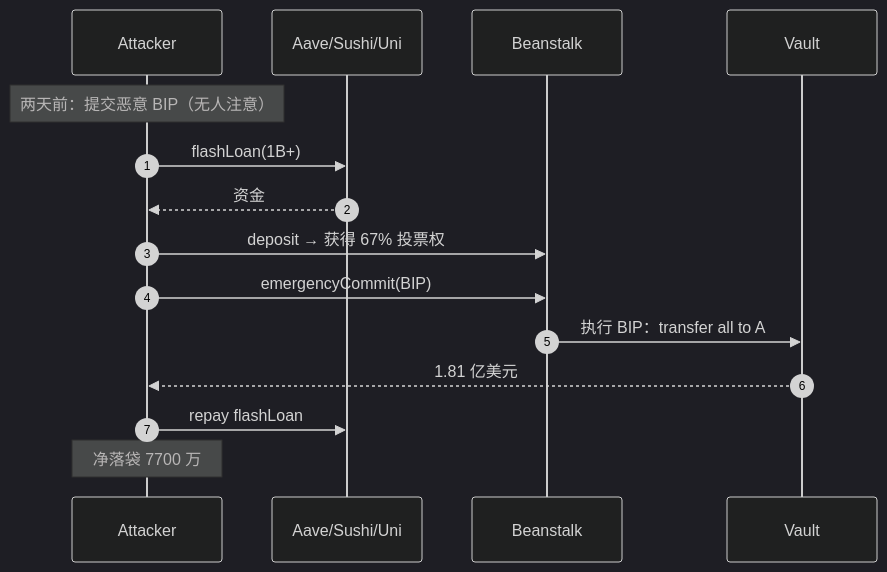
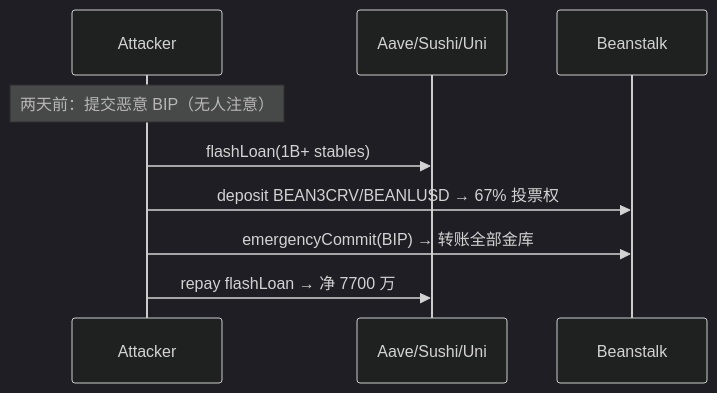
One commit to ChuwuYo/misc-files changed the eighth of 12 diagrams in web3-engineer-guide/05-智能合约安全/README.md. Above: the diagram before and after it, drawn with Mermaid (dark theme). The commit also changed other lines of this file and 690 other files, not shown here.

````diff
--- a/web3-engineer-guide/05-智能合约安全/README.md
+++ b/web3-engineer-guide/05-智能合约安全/README.md
@@ -1259,17 +720,11 @@
 ```mermaid
 sequenceDiagram
-    autonumber
     participant A as Attacker
     participant L as Aave/Sushi/Uni
     participant B as Beanstalk
-    participant V as Vault
     Note over A: 两天前：提交恶意 BIP（无人注意）
-    A->>L: flashLoan(1B+)
-    L-->>A: 资金
-    A->>B: deposit → 获得 67% 投票权
-    A->>B: emergencyCommit(BIP)
-    B->>V: 执行 BIP：transfer all to A
-    V-->>A: 1.81 亿美元
-    A->>L: repay flashLoan
-    Note over A: 净落袋 7700 万
+    A->>L: flashLoan(1B+ stables)
+    A->>B: deposit BEAN3CRV/BEANLUSD → 67% 投票权
+    A->>B: emergencyCommit(BIP) → 转账全部金库
+    A->>L: repay flashLoan → 净 7700 万
 ```
````
